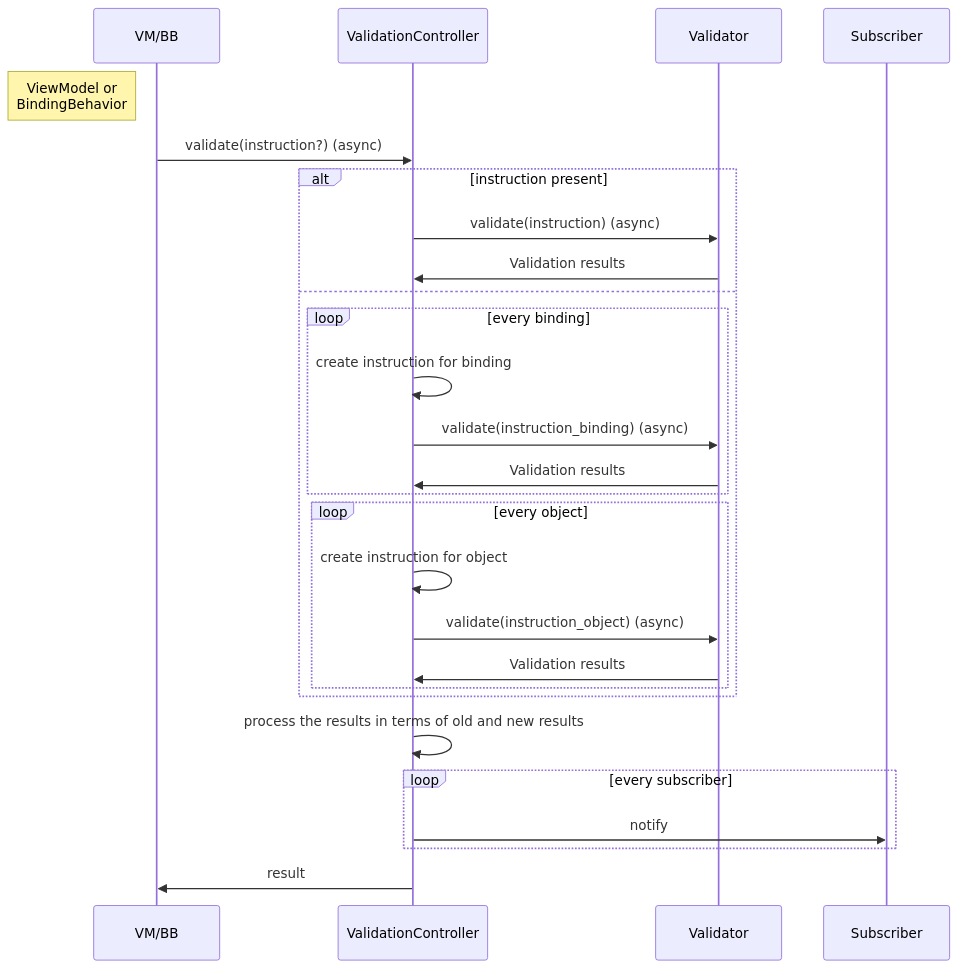
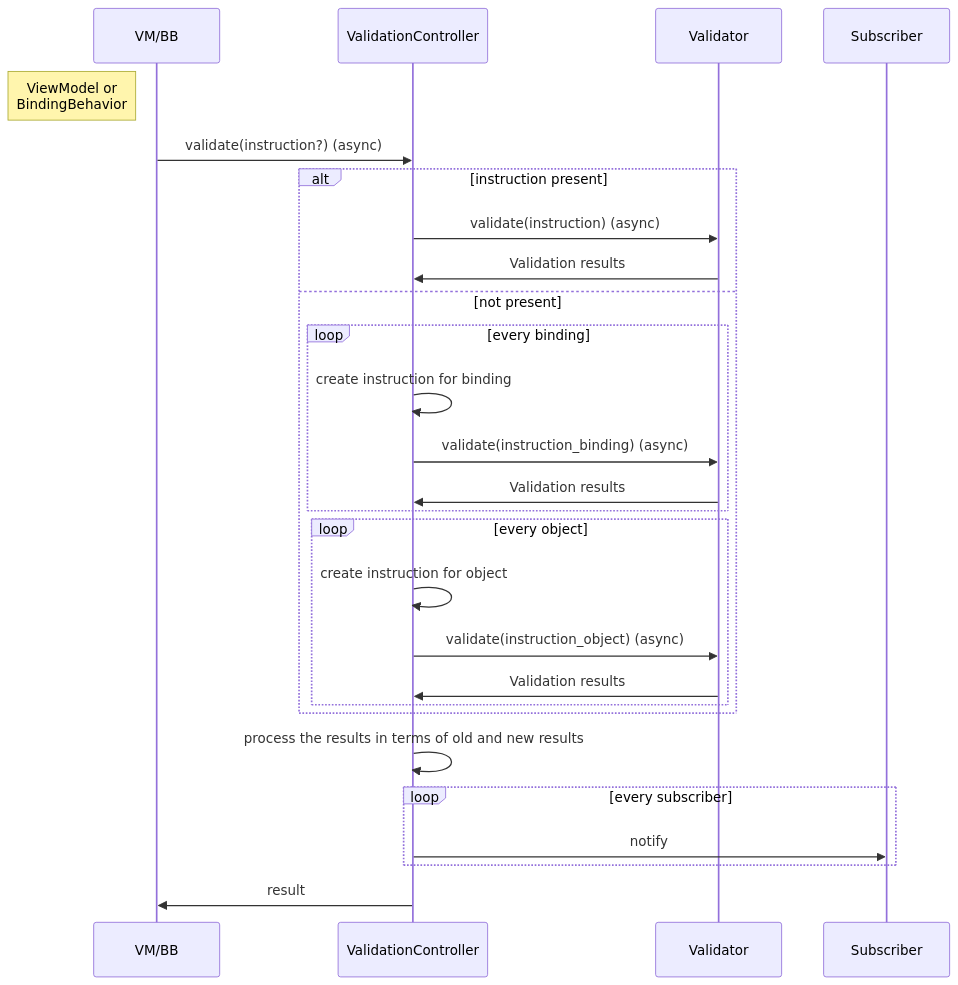
One commit to aurelia/aurelia changed the diagram in docs/mermaid-src/validation/seq-validation-controller.mmd. Above: the diagram before and after it, drawn with Mermaid. The commit also changed 6 other files, not shown here.

```diff
--- a/docs/mermaid-src/validation/seq-validation-controller.mmd
+++ b/docs/mermaid-src/validation/seq-validation-controller.mmd
@@ -1,27 +1,27 @@
 sequenceDiagram
   participant VM/BB
   participant VC as ValidationController
   participant V as Validator
   note left of VM/BB: ViewModel or<br/>BindingBehavior
 
   VM/BB->>VC: validate(instruction?) (async)
   alt instruction present
     VC->>V: validate(instruction) (async)
     V->>VC: Validation results
-  else
+  else not present
     loop every binding
       VC->>VC: create instruction for binding
       VC->>V: validate(instruction_binding) (async)
     V->>VC: Validation results
     end
     loop every object
       VC->>VC: create instruction for object
       VC->>V: validate(instruction_object) (async)
     V->>VC: Validation results
     end
   end
   VC->>VC: process the results in terms of old and new results
   loop every subscriber
     VC->>Subscriber: notify
   end
   VC->>VM/BB: result
```
